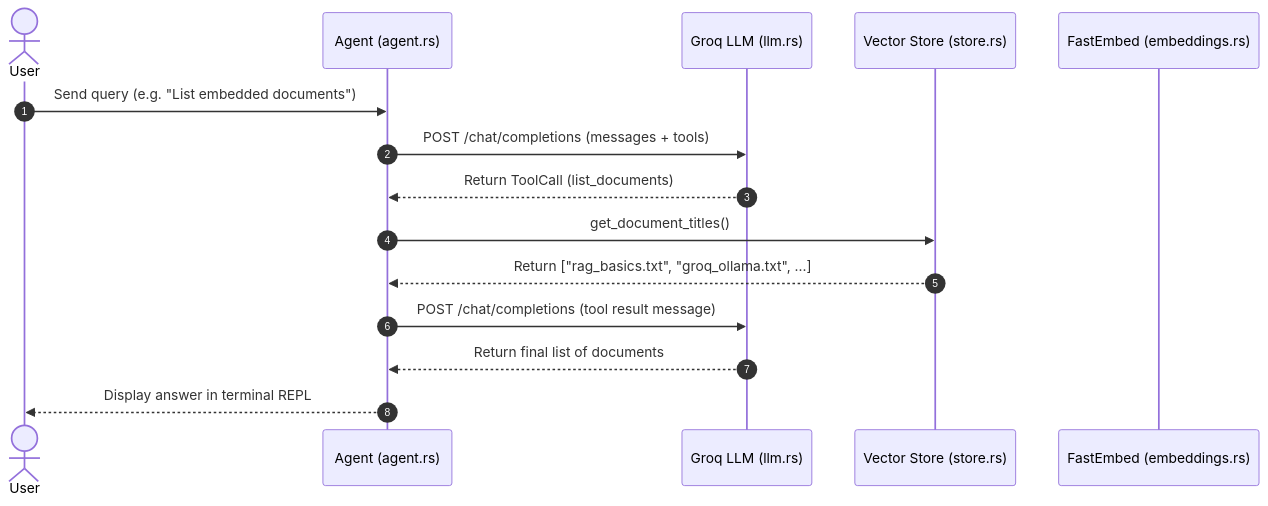
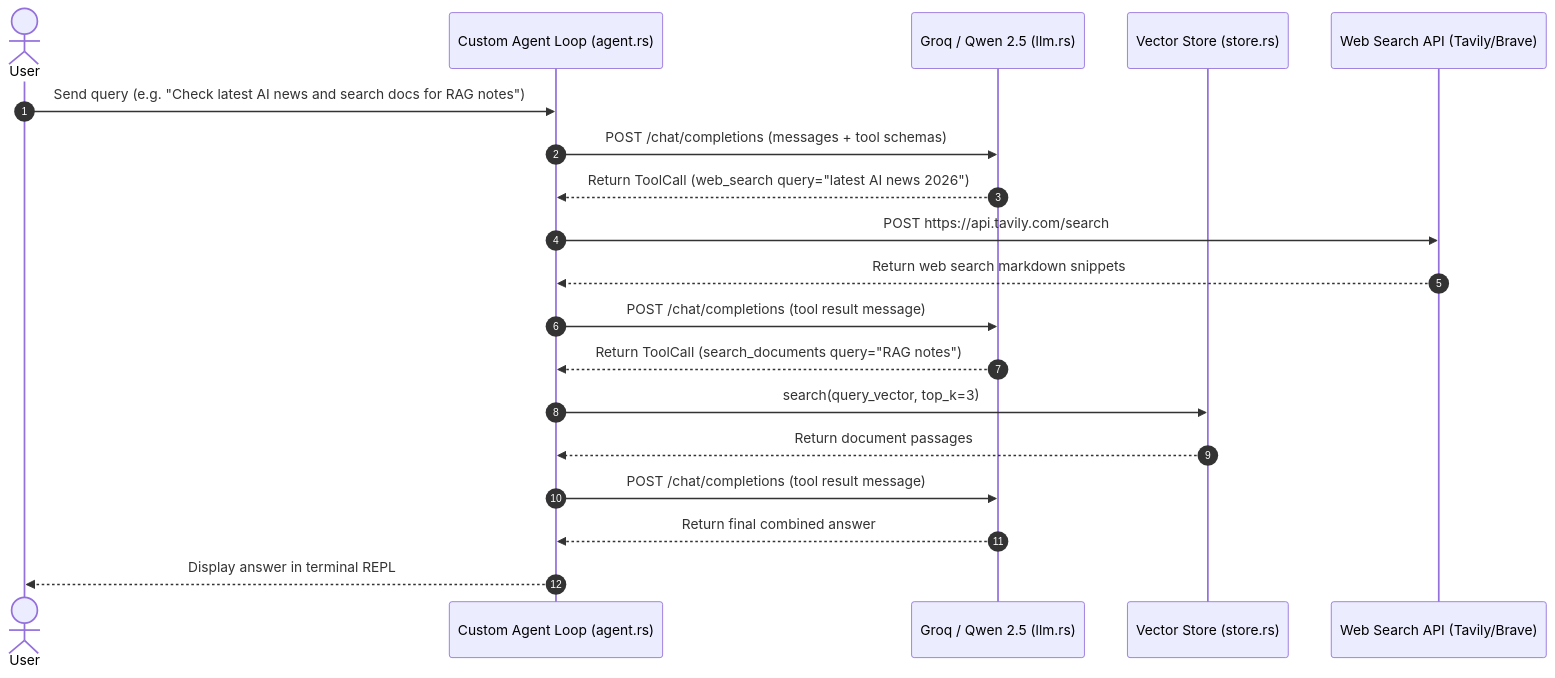
The diagram in ARCHITECTURE.md (anmolsharma152/rust-agent-core), drawn with Mermaid before and after one commit. The commit also changed other lines of this file and 2 other files, not shown here.

Commit message:
docs: update master implementation plan with custom agent loop strategy and native tool suite

````diff
--- a/ARCHITECTURE.md
+++ b/ARCHITECTURE.md
@@ -77,18 +79,22 @@
 ```mermaid
 sequenceDiagram
     autonumber
     actor User
-    participant Agent as Agent (agent.rs)
-    participant LLM as Groq LLM (llm.rs)
+    participant Agent as Custom Agent Loop (agent.rs)
+    participant LLM as Groq / Qwen 2.5 (llm.rs)
     participant Store as Vector Store (store.rs)
-    participant Embedder as FastEmbed (embeddings.rs)
+    participant Web as Web Search API (Tavily/Brave)
 
-    User->>Agent: Send query (e.g. "List embedded documents")
-    Agent->>LLM: POST /chat/completions (messages + tools)
-    LLM-->>Agent: Return ToolCall (list_documents)
-    Agent->>Store: get_document_titles()
-    Store-->>Agent: Return ["rag_basics.txt", "groq_ollama.txt", ...]
+    User->>Agent: Send query (e.g. "Check latest AI news and search docs for RAG notes")
+    Agent->>LLM: POST /chat/completions (messages + tool schemas)
+    LLM-->>Agent: Return ToolCall (web_search query="latest AI news 2026")
+    Agent->>Web: POST https://api.tavily.com/search
+    Web-->>Agent: Return web search markdown snippets
     Agent->>LLM: POST /chat/completions (tool result message)
-    LLM-->>Agent: Return final list of documents
+    LLM-->>Agent: Return ToolCall (search_documents query="RAG notes")
+    Agent->>Store: search(query_vector, top_k=3)
+    Store-->>Agent: Return document passages
+    Agent->>LLM: POST /chat/completions (tool result message)
+    LLM-->>Agent: Return final combined answer
     Agent-->>User: Display answer in terminal REPL
 ```
````
